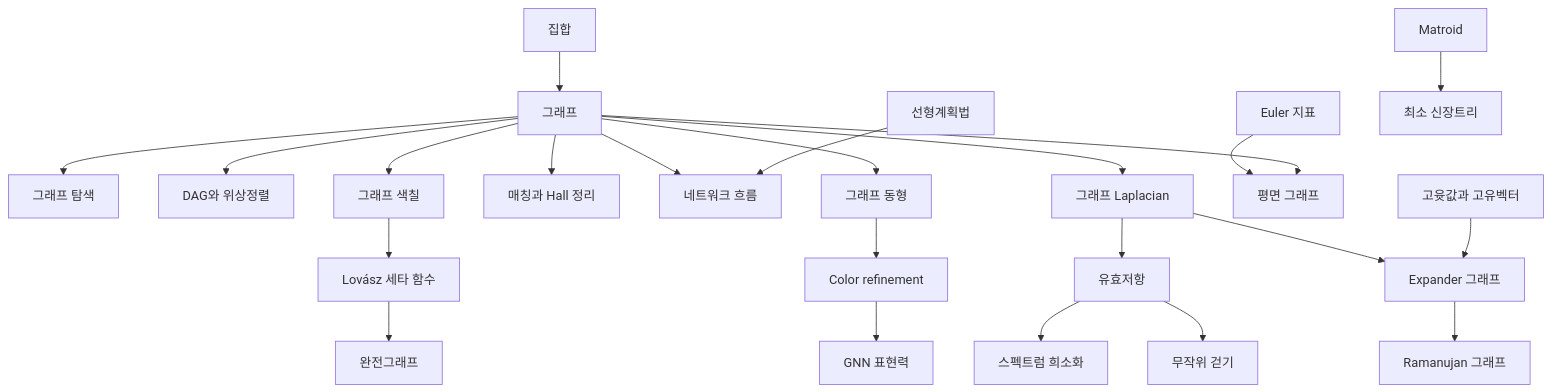
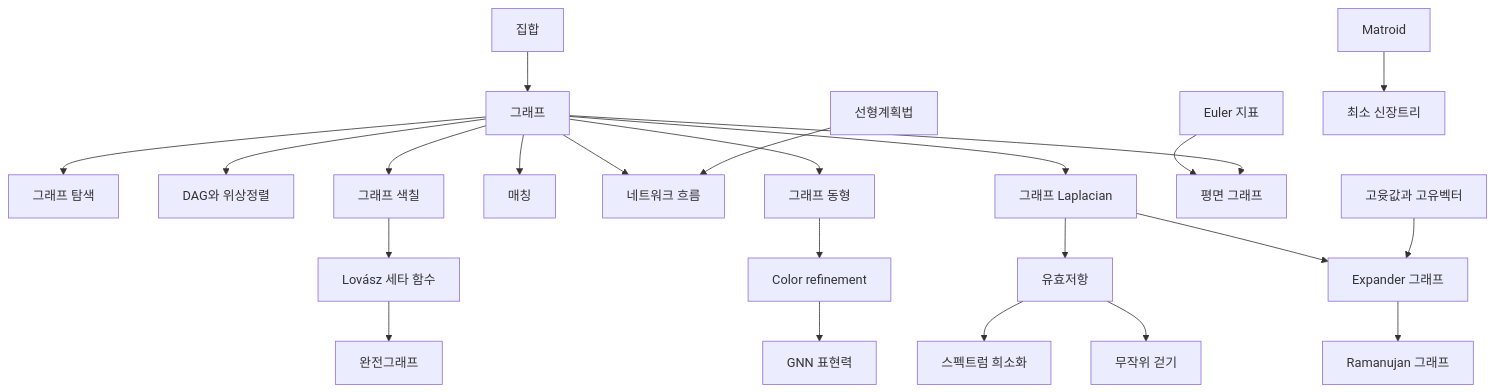
One commit to Phryxia/math-map changed the diagram in docs/graph-theory-overview.md. Above: the diagram before and after it, drawn with Mermaid. The commit also changed other lines of this file and 23 other files, not shown here.

````diff
--- a/docs/graph-theory-overview.md
+++ b/docs/graph-theory-overview.md
@@ -13,25 +13,25 @@
 ```mermaid
 graph TD
   ST["집합"] --> GR["그래프"]
   GR --> GS2["그래프 탐색"]
   GR --> DG["DAG와 위상정렬"]
   GR --> GC["그래프 색칠"]
-  GR --> MA["매칭과 Hall 정리"]
+  GR --> MA["매칭"]
   GR --> NF["네트워크 흐름"]
   GR --> GI["그래프 동형"]
   GR --> GL["그래프 Laplacian"]
   EC["Euler 지표"] --> PG["평면 그래프"]
   GR --> PG
   LP["선형계획법"] --> NF
   GC --> LT["Lovász 세타 함수"]
   LT --> PF["완전그래프"]
   GI --> CR["Color refinement"]
   CR --> GN["GNN 표현력"]
   MT["Matroid"] --> MS["최소 신장트리"]
   GL --> ER["유효저항"]
   GL --> EG["Expander 그래프"]
   EV["고윳값과 고유벡터"] --> EG
   ER --> SS["스펙트럼 희소화"]
   ER --> RW["무작위 걷기"]
   EG --> RG["Ramanujan 그래프"]
 ```
````
